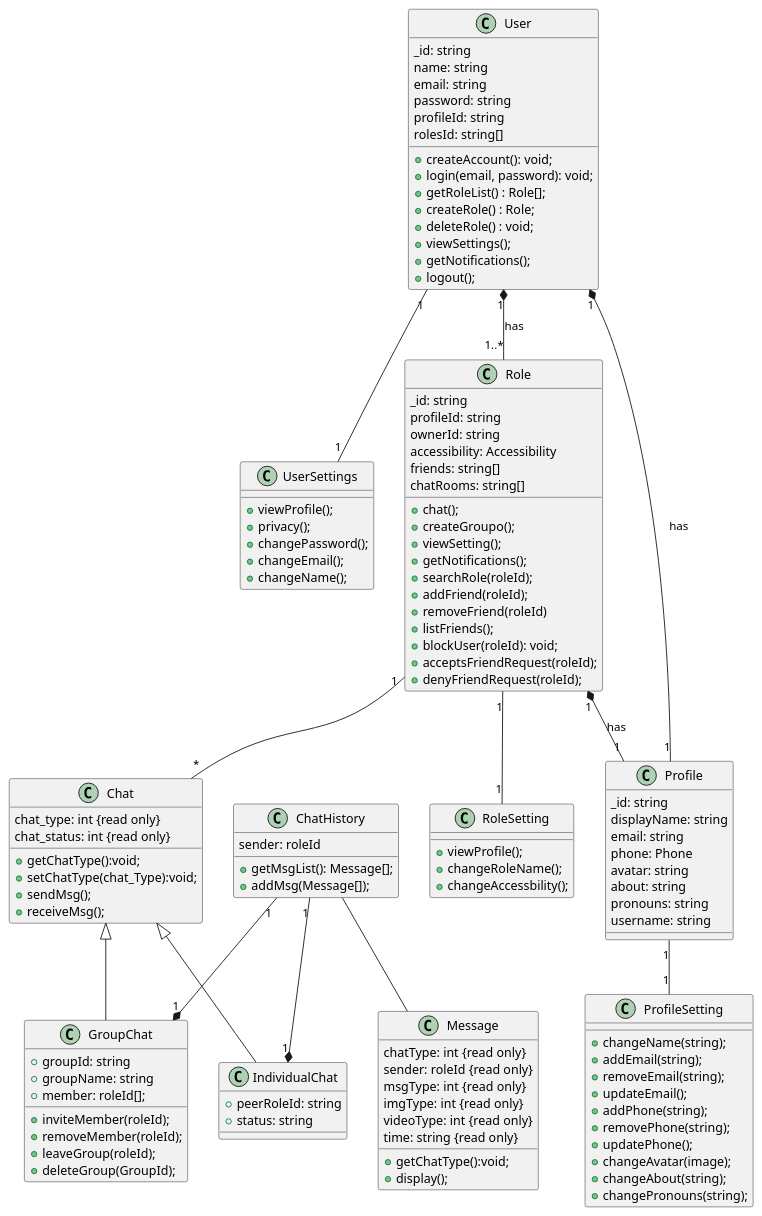
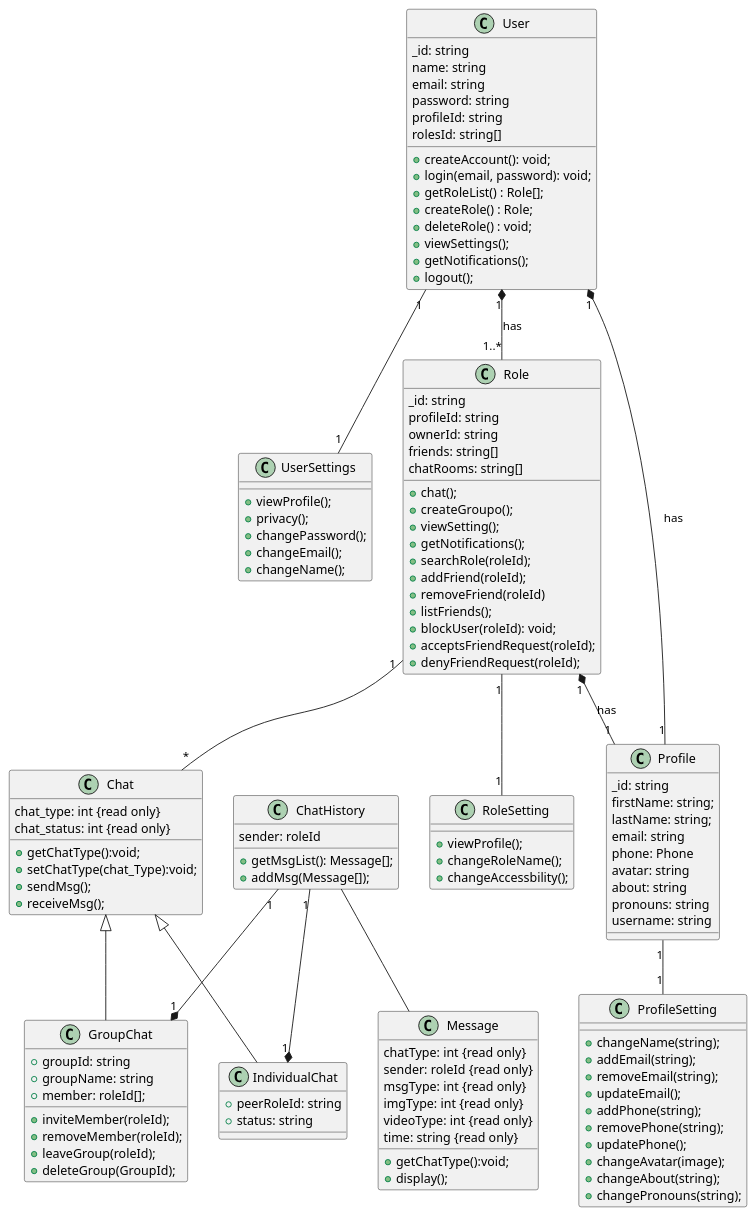
One commit to INEEDAMONITOR/Role-Rally changed the diagram in UML_Diagram/Plantuml/class.plantuml. Above: the diagram before and after it, drawn with PlantUML. The commit also changed 16 other files, not shown here.

```diff
--- a/UML_Diagram/Plantuml/class.plantuml
+++ b/UML_Diagram/Plantuml/class.plantuml
@@ -1,135 +1,135 @@
 @startuml
 class User {
     _id: string
     name: string
     email: string
     password: string
     profileId: string
     rolesId: string[]
 
     +createAccount(): void;
     +login(email, password): void;
     +getRoleList() : Role[];
     +createRole() : Role;
     +deleteRole() : void;
     +viewSettings();
     +getNotifications();
     +logout();
 }
 class  UserSettings {
   +viewProfile();
   +privacy();
   +changePassword();
   +changeEmail();
   +changeName();
 }
 
 class Role {
     _id: string
     profileId: string
     ownerId: string
-    accessibility: Accessibility
     friends: string[]
     chatRooms: string[]
 
     +chat();
     +createGroupo();
     +viewSetting();
     +getNotifications();
     +searchRole(roleId);
     +addFriend(roleId);
     +removeFriend(roleId)
     +listFriends();
     +blockUser(roleId): void;
     +acceptsFriendRequest(roleId);
     +denyFriendRequest(roleId);
 }
 
 class RoleSetting{
   +viewProfile();
   +changeRoleName();
   +changeAccessbility();
 }
 
 class Profile {
     _id: string
-    displayName: string
+    firstName: string;
+    lastName: string;
     email: string
     phone: Phone
     avatar: string
     about: string
     pronouns: string
     username: string
 }
 class ProfileSetting{
   +changeName(string);
   +addEmail(string);
   +removeEmail(string);
   +updateEmail();
   +addPhone(string);
   +removePhone(string);
   +updatePhone();
   +changeAvatar(image);
   +changeAbout(string);
   +changePronouns(string);
 }
 
 class Chat{
   chat_type: int {read only}
   chat_status: int {read only}
   +getChatType():void;
   +setChatType(chat_Type):void;  
   +sendMsg();
   +receiveMsg();
 }
 
 class IndividualChat{
   +peerRoleId: string
   +status: string
 }
 
 class GroupChat{
   +groupId: string
   +groupName: string
   +member: roleId[];
 
   +inviteMember(roleId);
   +removeMember(roleId);
   +leaveGroup(roleId);
   +deleteGroup(GroupId);
 }
 
 class ChatHistory{
   sender: roleId
   +getMsgList(): Message[];
   +addMsg(Message[]);
 }
 
 class Message{
   chatType: int {read only}
   sender: roleId {read only}
   msgType: int {read only}
   imgType: int {read only}
   videoType: int {read only}
   time: string {read only}
   +getChatType():void;
   +display();
 }
 
 ChatHistory "1" --* "1" GroupChat
 ChatHistory "1" --* "1" IndividualChat
 ChatHistory  -- Message
 
 Chat <|-- GroupChat
 Chat <|-- IndividualChat
 
 Role "1" -- "*" Chat
 User "1" *-- "1..*" Role : has
 User "1" *-- "1" Profile : has
 Role "1" *-- "1" Profile : has
 
 User "1" -- "1" UserSettings 
 Role "1" -- "1" RoleSetting 
 Profile "1" -- "1" ProfileSetting 
 
 @enduml
```
